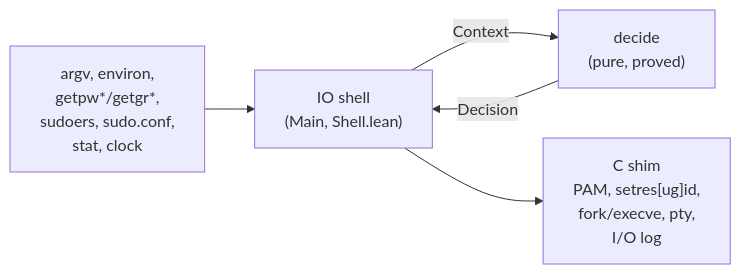
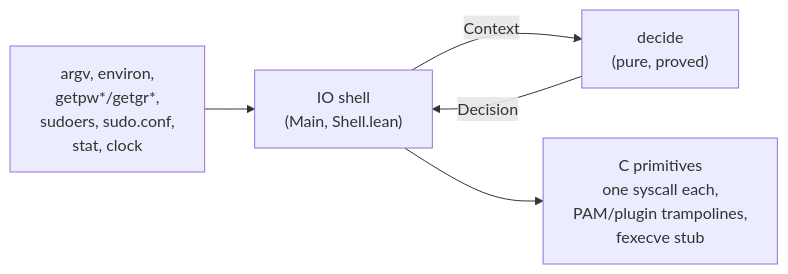
Before and after one commit to adamgall/lean-sudo: the diagram in README.md, drawn with Mermaid. The commit also changed other lines of this file and 110 other files, not shown here.

First line of the commit message:
Move sudo logic out of C into Lean; C reduced to primitives and trampolines

````diff
--- a/README.md
+++ b/README.md
@@ -88,7 +88,7 @@
 ```mermaid
 flowchart LR
   A["argv, environ,<br/>getpw*/getgr*,<br/>sudoers, sudo.conf,<br/>stat, clock"] --> S["IO shell<br/>(Main, Shell.lean)"]
   S -- "Context" --> D["decide<br/>(pure, proved)"]
   D -- "Decision" --> S
-  S --> C["C shim<br/>PAM, setres[ug]id,<br/>fork/execve, pty,<br/>I/O log"]
+  S --> C["C primitives<br/>one syscall each,<br/>PAM/plugin trampolines,<br/>fexecve stub"]
 ```
````
